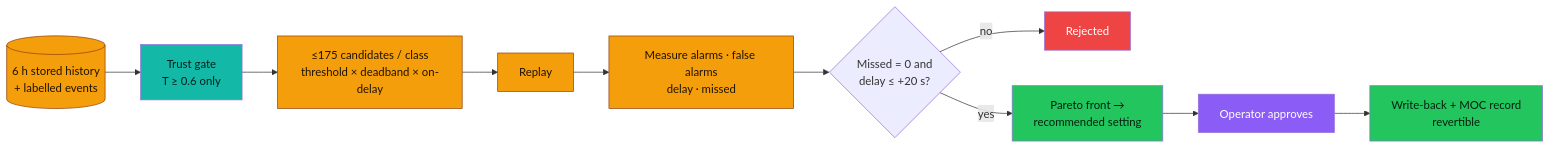
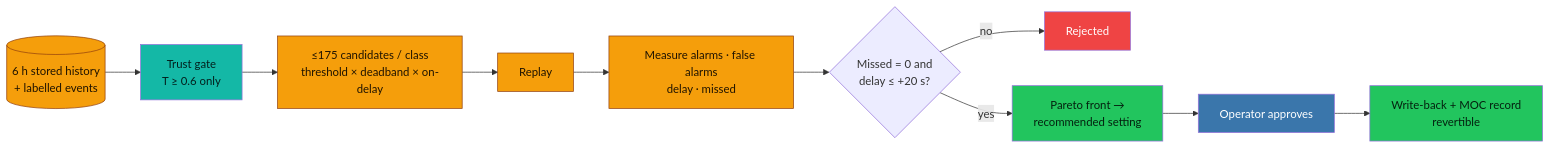
One commit to kiruthikpurpose/DeltaTrace changed the seventh of 8 diagrams in README.md. Above: the diagram before and after it, drawn with Mermaid. The commit also changed other lines of this file and 29 other files, not shown here.

First line of the commit message:
Redesign: neutral SCADA palette, diagram fixes, responsive layout, PDF reports

````diff
--- a/README.md
+++ b/README.md
@@ -182,15 +182,15 @@
 ```mermaid
 flowchart LR
   H[(6 h stored history<br/>+ labelled events)]:::tune --> TG[Trust gate<br/>T ≥ 0.6 only]:::trust
   TG --> CG[≤175 candidates / class<br/>threshold × deadband × on-delay]:::tune
   CG --> RP[Replay]:::tune --> MS[Measure alarms · false alarms<br/>delay · missed]:::tune
   MS --> PF{Missed = 0 and<br/>delay ≤ +20 s?}
   PF -->|no| X[ Rejected]:::bad
   PF -->|yes| PR[ Pareto front →<br/>recommended setting]:::ok
   PR --> AP[ Operator approves]:::group --> WB[Write-back + MOC record<br/>revertible]:::ok
   classDef tune fill:#f59e0b,stroke:#92400e,color:#1f1300
   classDef trust fill:#14b8a6,color:#03201d
   classDef bad fill:#ef4444,color:#fff
   classDef ok fill:#22c55e,color:#04210f
-  classDef group fill:#8b5cf6,color:#fff
+  classDef group fill:#3a76ab,color:#fff
 ```
````
